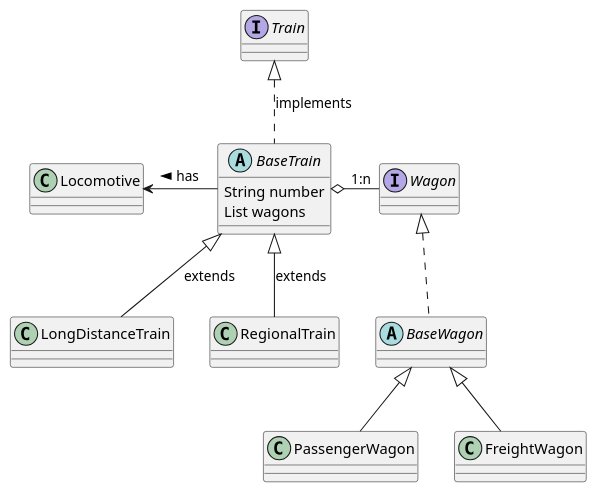
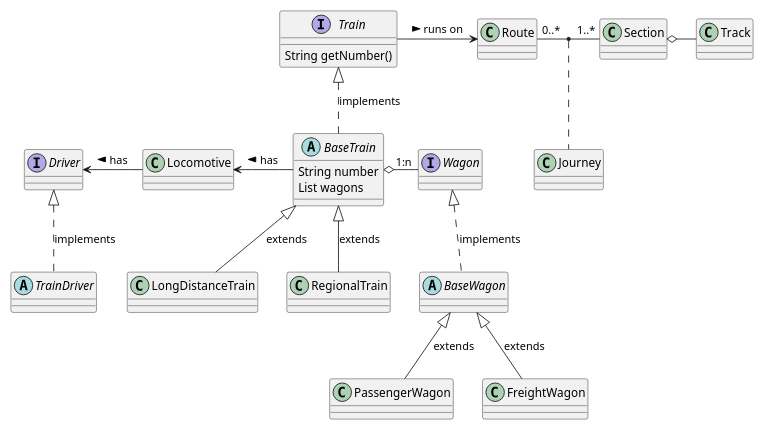
The diagram in docs/asciidoc/diagrams/course-1/business-model.puml (ThorstenEckstein/dhbw-advanced-programming), drawn with PlantUML before and after one commit. The commit also changed 2 other files, not shown here.

Commit message:
Fachbegriffe Diagram

```diff
--- a/docs/asciidoc/diagrams/course-1/business-model.puml
+++ b/docs/asciidoc/diagrams/course-1/business-model.puml
@@ -1,28 +1,49 @@
 @startuml
 'https://plantuml.com/class-diagram
 
-interface Train
+'skinparam groupInheritance 2
+
+scale 0.8
+
+interface Train {
+  String getNumber()
+}
 abstract class BaseTrain {
   String number
   List wagons
 }
 class LongDistanceTrain
 class RegionalTrain
 class Locomotive
 
+interface Driver
+abstract class TrainDriver
+
 interface Wagon
 abstract class BaseWagon
 class PassengerWagon
 class FreightWagon
 
-Train        <|..       BaseTrain         : implements
-BaseTrain    <|--       LongDistanceTrain : extends
-BaseTrain    <|--       RegionalTrain     : extends
-BaseTrain    -l->       Locomotive        : > has
-BaseTrain    o-r- "1:n" Wagon
+class Route
+class Section
+class Track
 
-Wagon        <|..       BaseWagon
-BaseWagon    <|--       PassengerWagon
-BaseWagon    <|--       FreightWagon
+Train         <|..       BaseTrain         : implements
+BaseTrain     <|--       LongDistanceTrain : extends
+BaseTrain     <|--       RegionalTrain     : extends
+BaseTrain     -l->       Locomotive        : > has
+BaseTrain     o-r- "1:n" Wagon
+
+Wagon         <|..       BaseWagon         : implements
+BaseWagon     <|--       PassengerWagon    : extends
+BaseWagon     <|--       FreightWagon      : extends
+
+Locomotive    -l->       Driver            : > has
+Driver        <|..       TrainDriver       : implements
+
+Train         -r->       Route             : runs on >
+Route "0..*"  -  "1..*"  Section
+(Route, Section) ..      Journey
+Section       o-r-       Track
 
 @enduml
```
